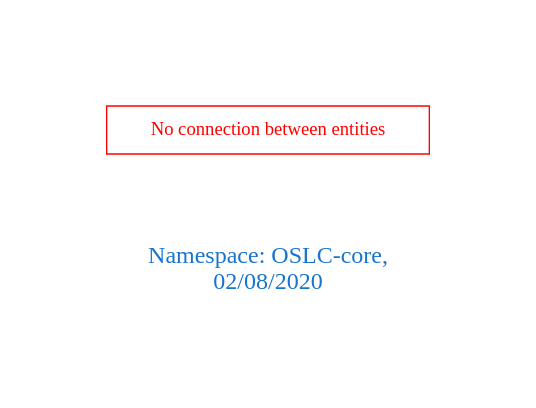
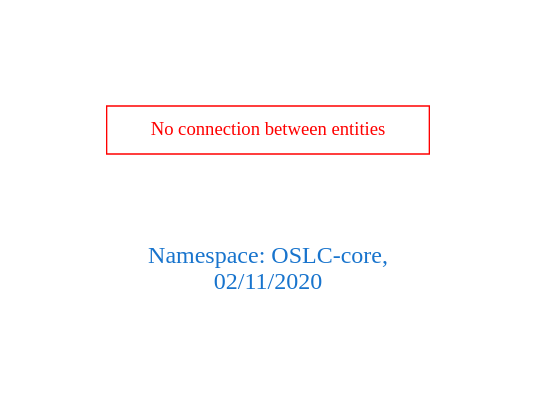
The diagram in downloads/OSLC-core.dot (arago/OGIT), drawn with Graphviz before and after one commit. The commit also changed 1693 other files, not shown here.

```diff
--- a/downloads/OSLC-core.dot
+++ b/downloads/OSLC-core.dot
@@ -1,9 +1,9 @@
 digraph OGIT_ontology {
  graph [ rankdir= LR,pad=1 
 fontsize = 18,
-fontcolor= dodgerblue3,label = "\n\n\nNamespace: OSLC-core, \n 02/08/2020"];
+fontcolor= dodgerblue3,label = "\n\n\nNamespace: OSLC-core, \n 02/11/2020"];
 node[shape=polygon];
 edge [  color="gray81"];
 
 "No connection between entities" [fontcolor = "red",color="red", shape="polygon"]
 }
```
